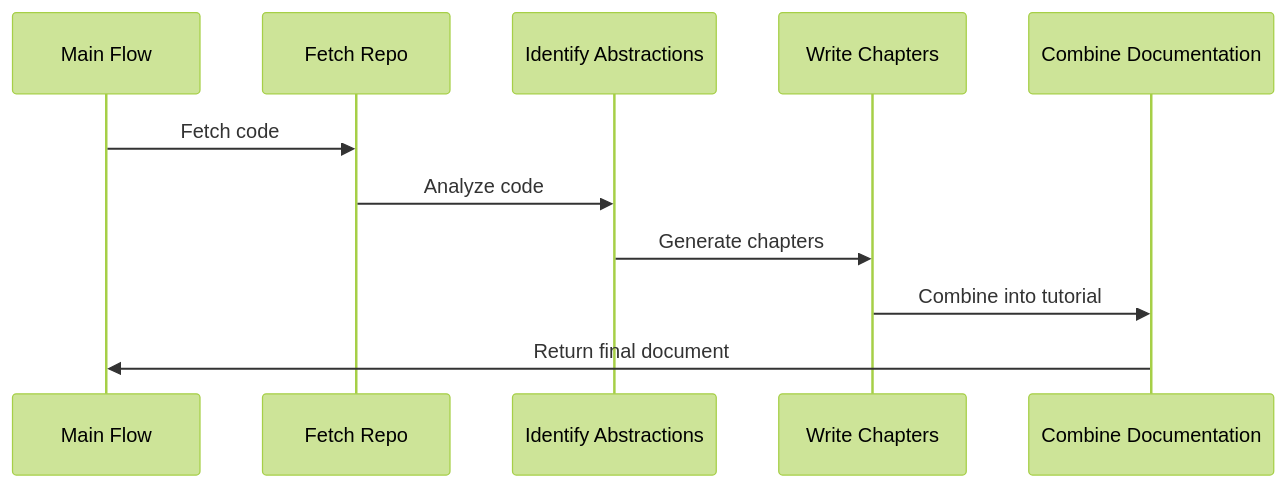
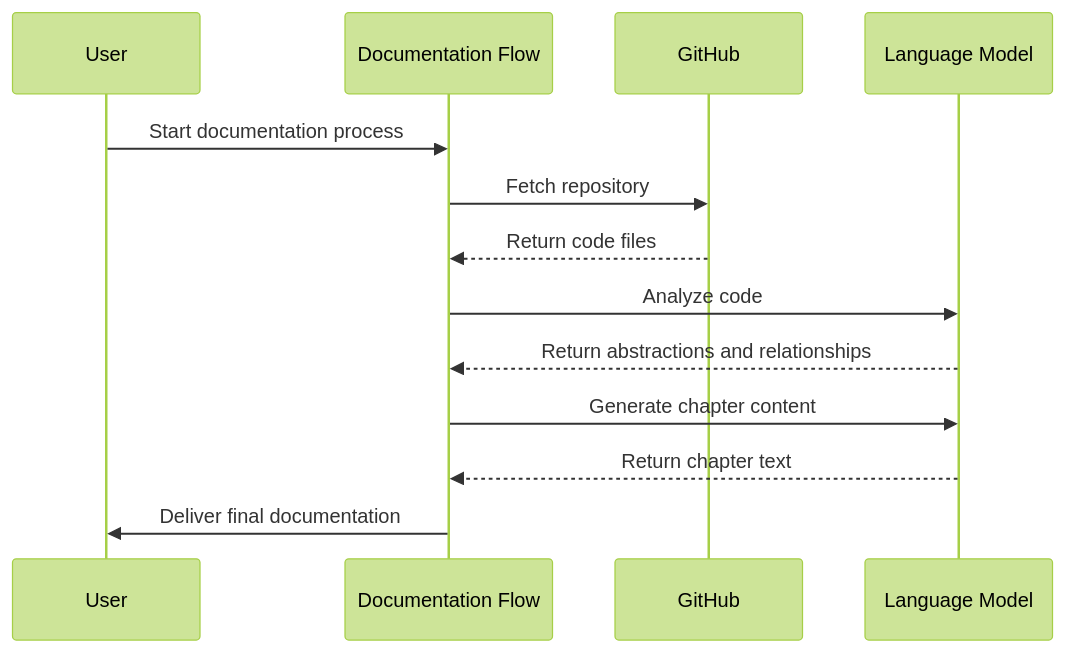
The second of 9 diagrams in README.md (dygavieta/NewRepo), drawn with Mermaid (forest theme) before and after one commit. The commit also changed other lines of this file, not shown here.

````diff
--- a/README.md
+++ b/README.md
@@ -108,14 +109,16 @@
 ```mermaid
 sequenceDiagram
-    participant MF as Main Flow
-    participant FR as Fetch Repo
-    participant IA as Identify Abstractions
-    participant WC as Write Chapters
-    participant CD as Combine Documentation
+    participant User
+    participant DF as Documentation Flow
+    participant GH as GitHub
+    participant LLM as Language Model
 
-    MF->>FR: Fetch code
-    FR->>IA: Analyze code
-    IA->>WC: Generate chapters
-    WC->>CD: Combine into tutorial
-    CD->>MF: Return final document
+    User->>DF: Start documentation process
+    DF->>GH: Fetch repository
+    GH-->>DF: Return code files
+    DF->>LLM: Analyze code
+    LLM-->>DF: Return abstractions and relationships
+    DF->>LLM: Generate chapter content
+    LLM-->>DF: Return chapter text
+    DF->>User: Deliver final documentation
 ```
````
